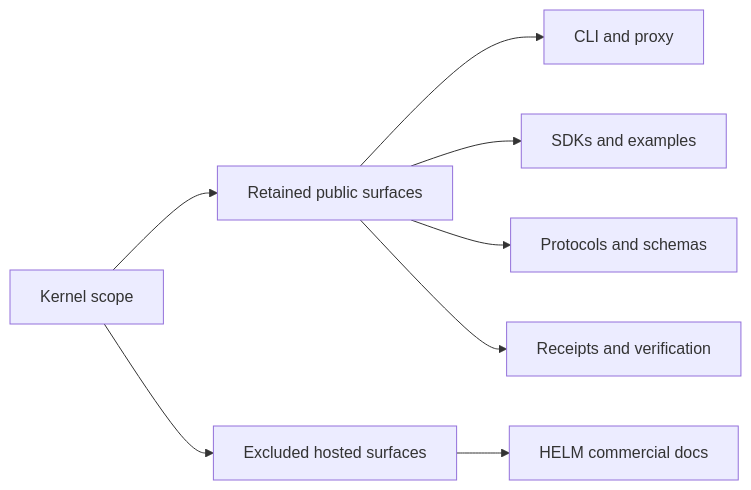
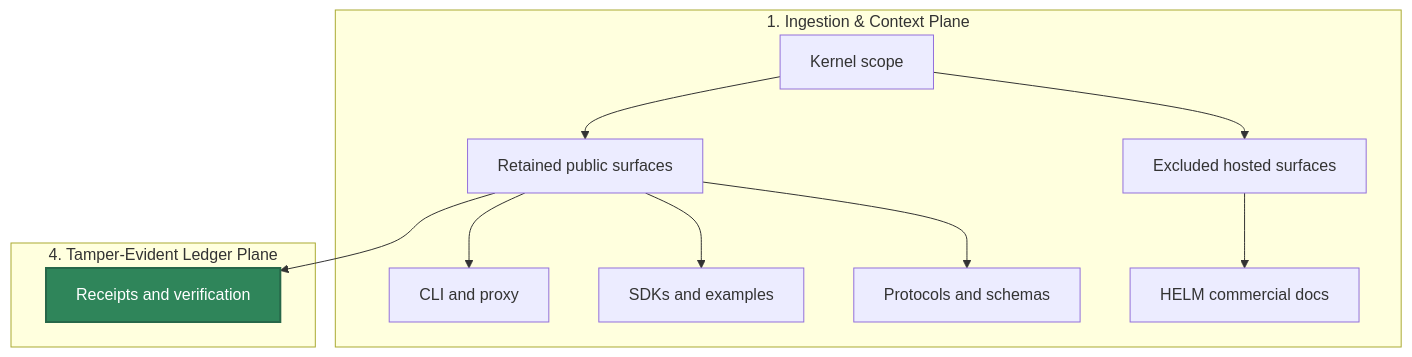
One commit to Mindburn-Labs/helm-ai-kernel changed the diagram in docs/KERNEL_SCOPE.md. Above: the diagram before and after it, drawn with Mermaid. The commit also changed other lines of this file and 330 other files, not shown here.

````diff
--- a/docs/KERNEL_SCOPE.md
+++ b/docs/KERNEL_SCOPE.md
@@ -192,10 +192,28 @@
 ```mermaid
-flowchart LR
-  kernel["Kernel scope"] --> retain["Retained public surfaces"]
-  retain --> cli["CLI and proxy"]
-  retain --> sdk["SDKs and examples"]
-  retain --> protocol["Protocols and schemas"]
-  retain --> verify["Receipts and verification"]
-  kernel --> exclude["Excluded hosted surfaces"]
-  exclude --> commercial["HELM commercial docs"]
+flowchart TD
+    subgraph Ingestion["1. Ingestion & Context Plane"]
+        kernel["Kernel scope"]
+        retain["Retained public surfaces"]
+        cli["CLI and proxy"]
+        sdk["SDKs and examples"]
+        protocol["Protocols and schemas"]
+        exclude["Excluded hosted surfaces"]
+        commercial["HELM commercial docs"]
+    end
+
+    subgraph Ledger["4. Tamper-Evident Ledger Plane"]
+        verify["Receipts and verification"]
+    end
+
+    %% Operational Flow Edges
+    kernel --> retain
+    retain --> cli
+    retain --> sdk
+    retain --> protocol
+    retain --> verify
+    kernel --> exclude
+    exclude --> commercial
+
+    %% Premium Styling Rules
+    style verify fill:#2f855a,stroke:#276749,stroke-width:2px,color:#fff
 ```
````
